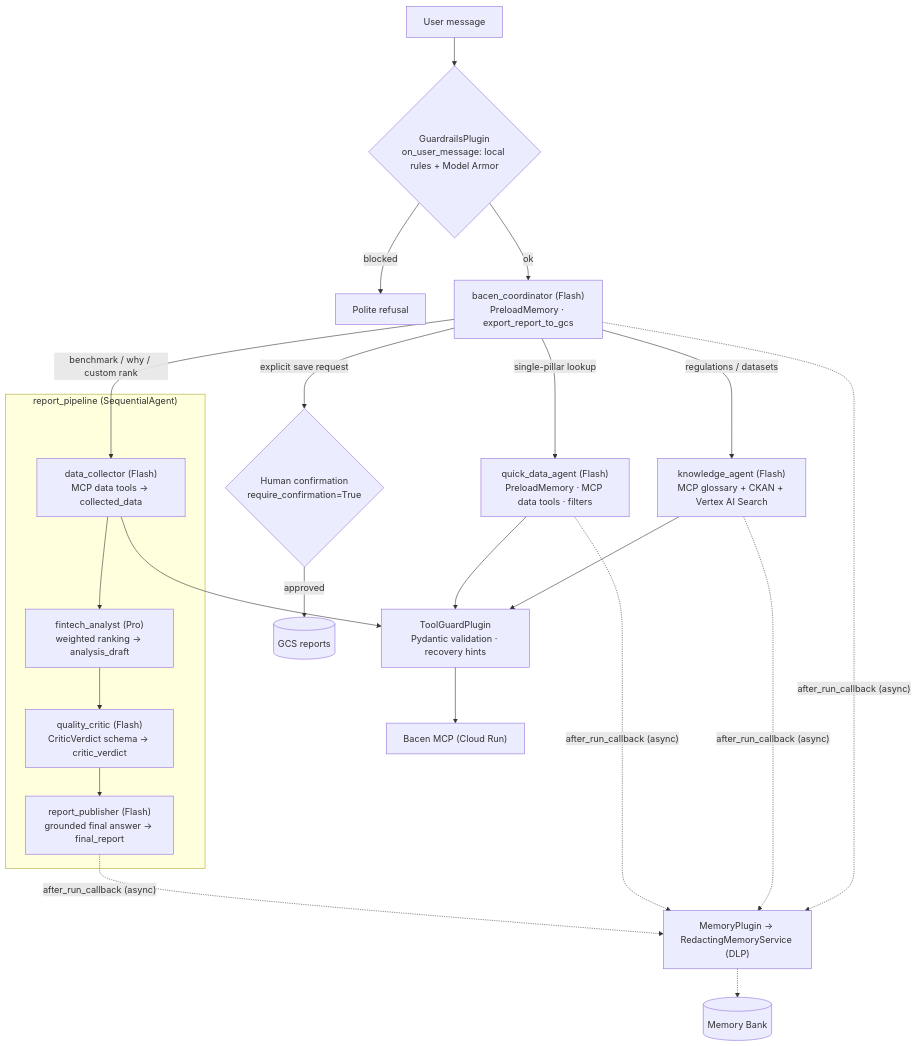
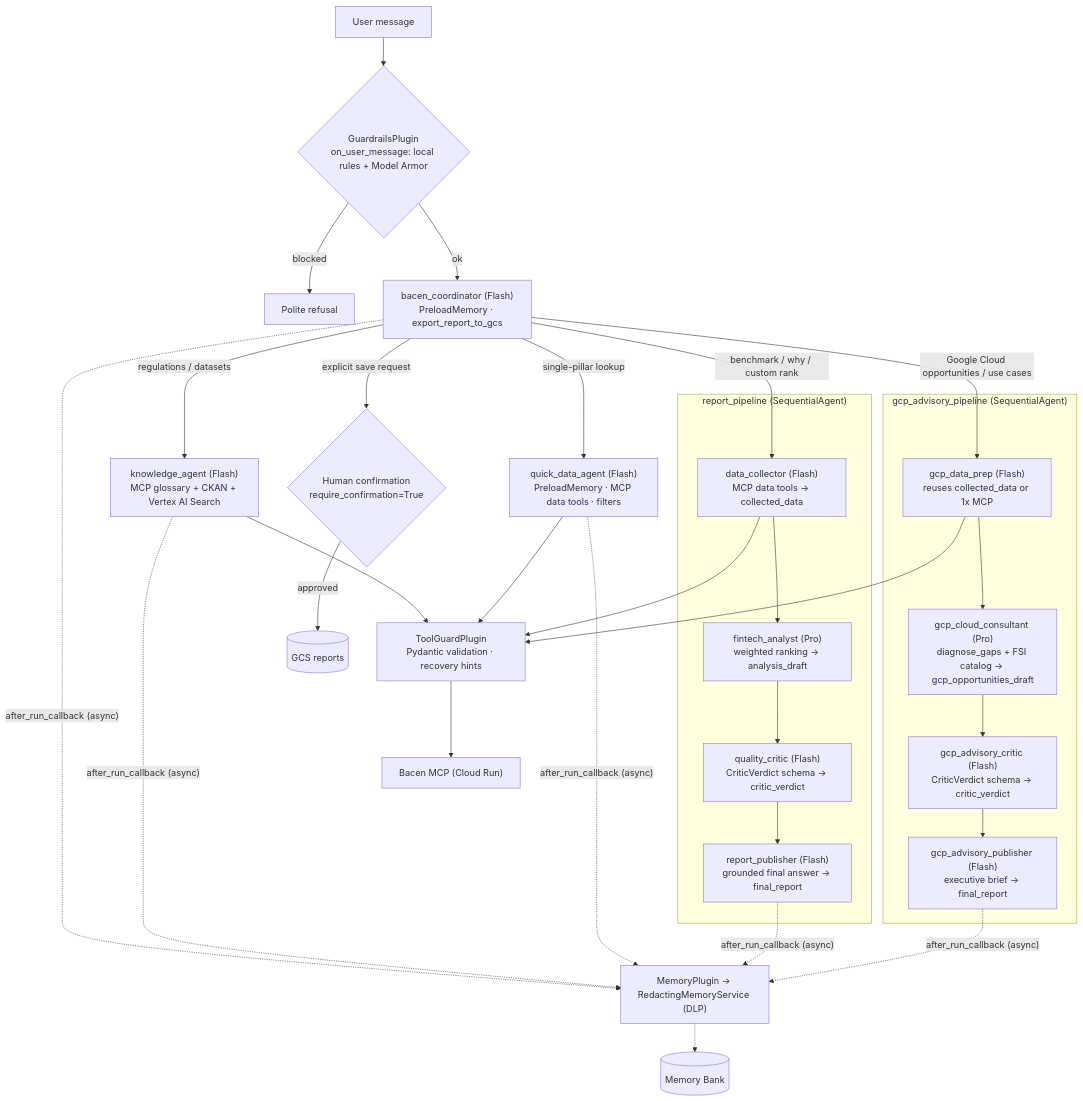
The second of 2 diagrams in README.md (Faray-luiz/bacen-fintech-advisor), drawn with Mermaid before and after one commit. The commit also changed other lines of this file and 19 other files, not shown here.

Commit message:
feat(agent): add scalable Senior Google Cloud FSI Consultant pipeline and declarative catalog

````diff
--- a/README.md
+++ b/README.md
@@ -123,20 +123,26 @@
 ```mermaid
 flowchart TD
   U["User message"] --> G{"GuardrailsPlugin<br/>on_user_message: local rules + Model Armor"}
   G -->|blocked| R["Polite refusal"]
   G -->|ok| C["bacen_coordinator (Flash)<br/>PreloadMemory · export_report_to_gcs"]
   C -->|regulations / datasets| K["knowledge_agent (Flash)<br/>MCP glossary + CKAN + Vertex AI Search"]
   C -->|single-pillar lookup| Q["quick_data_agent (Flash)<br/>PreloadMemory · MCP data tools · filters"]
   C -->|benchmark / why / custom rank| P1
+  C -->|Google Cloud opportunities / use cases| GP1
   C -->|explicit save request| H{"Human confirmation<br/>require_confirmation=True"}
   H -->|approved| S[("GCS reports")]
   subgraph PIPE["report_pipeline (SequentialAgent)"]
     P1["data_collector (Flash)<br/>MCP data tools -> collected_data"] --> P2["fintech_analyst (Pro)<br/>weighted ranking -> analysis_draft"]
     P2 --> P3["quality_critic (Flash)<br/>CriticVerdict schema -> critic_verdict"]
     P3 --> P4["report_publisher (Flash)<br/>grounded final answer -> final_report"]
   end
-  K & Q & P1 --> TG["ToolGuardPlugin<br/>Pydantic validation · recovery hints"]
+  subgraph GCPADV["gcp_advisory_pipeline (SequentialAgent)"]
+    GP1["gcp_data_prep (Flash)<br/>reuses collected_data or 1x MCP"] --> GP2["gcp_cloud_consultant (Pro)<br/>diagnose_gaps + FSI catalog -> gcp_opportunities_draft"]
+    GP2 --> GP3["gcp_advisory_critic (Flash)<br/>CriticVerdict schema -> critic_verdict"]
+    GP3 --> GP4["gcp_advisory_publisher (Flash)<br/>executive brief -> final_report"]
+  end
+  K & Q & P1 & GP1 --> TG["ToolGuardPlugin<br/>Pydantic validation · recovery hints"]
   TG --> M["Bacen MCP (Cloud Run)"]
-  C & K & Q & P4 -.after_run_callback (async).-> MP["MemoryPlugin -> RedactingMemoryService (DLP)"]
+  C & K & Q & P4 & GP4 -.after_run_callback (async).-> MP["MemoryPlugin -> RedactingMemoryService (DLP)"]
   MP -.-> MB[("Memory Bank")]
 ```
````
